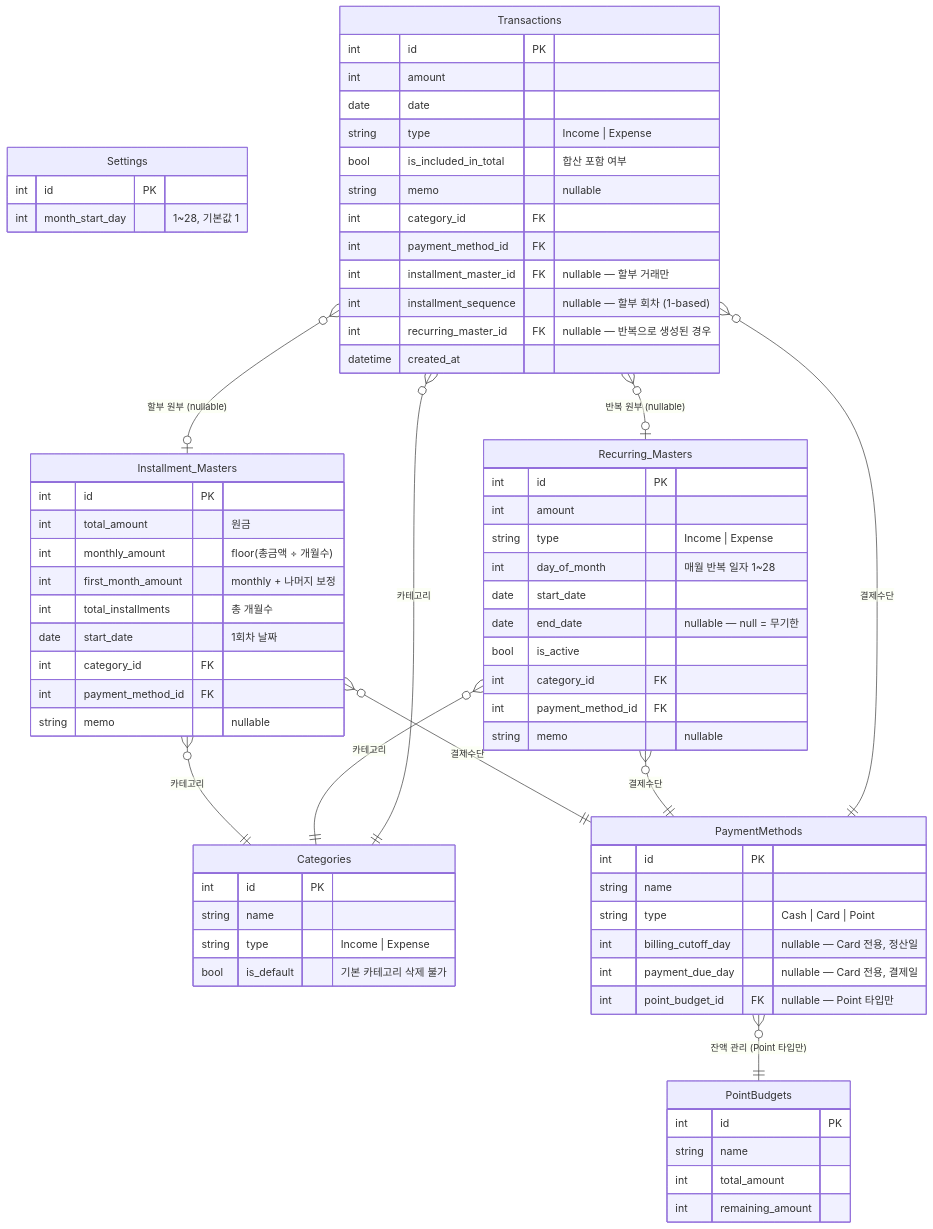
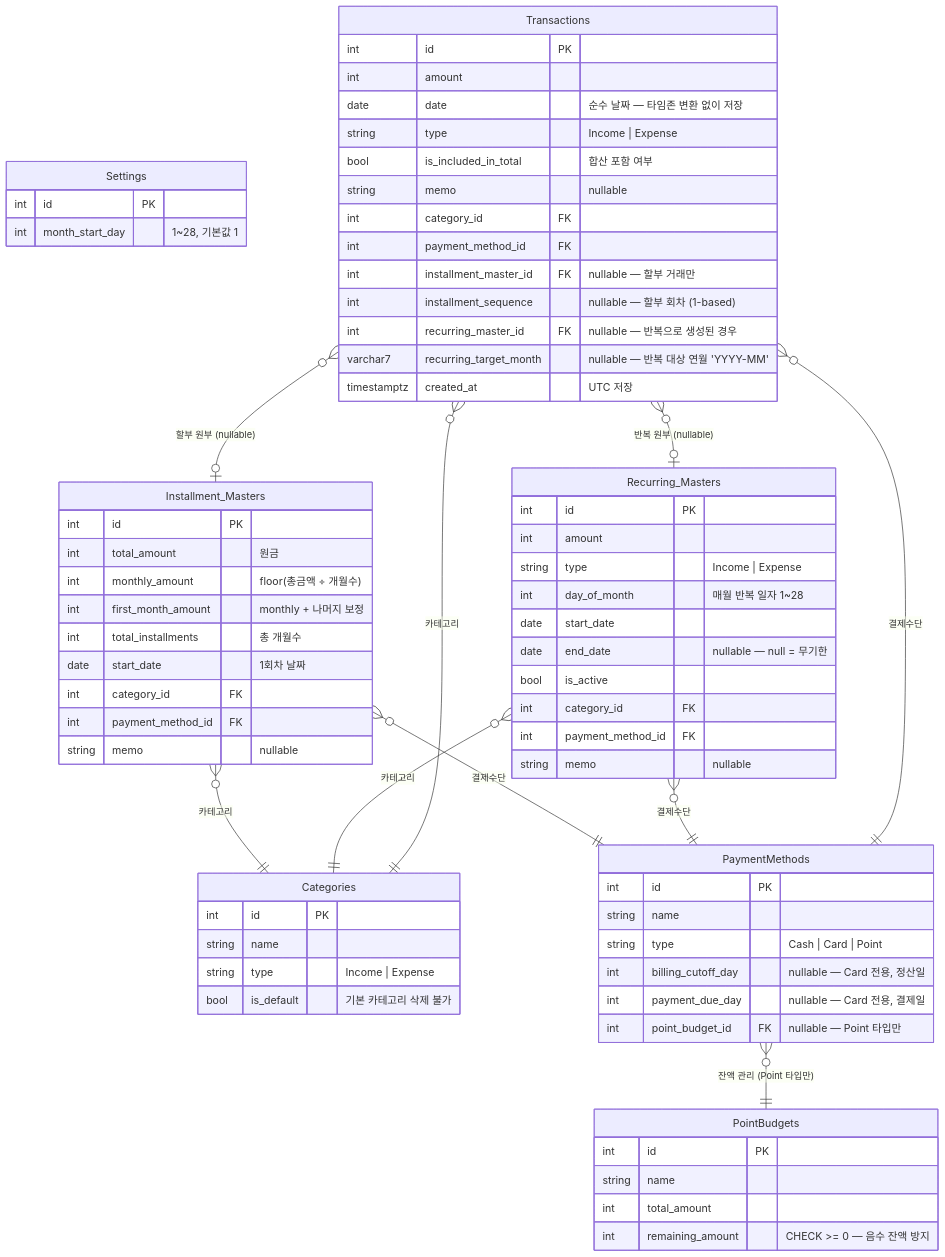
The diagram in docs/PRD.md (Wonjun-ub/claude_account_book), drawn with Mermaid before and after one commit. The commit also changed other lines of this file and 1 other file, not shown here.

```diff
--- a/docs/PRD.md
+++ b/docs/PRD.md
@@ -406,7 +410,7 @@
         int     id               PK
         string  name
         int     total_amount
-        int     remaining_amount
+        int     remaining_amount "CHECK >= 0 — 음수 잔액 방지"
     }
 
     PaymentMethods {
@@ -447,18 +451,19 @@
 
     %% ── 거래 내역 (핵심 테이블) ───────────────────────────────────────────────
     Transactions {
-        int      id                    PK
-        int      amount
-        date     date
-        string   type                  "Income | Expense"
-        bool     is_included_in_total  "합산 포함 여부"
-        string   memo                  "nullable"
-        int      category_id           FK
-        int      payment_method_id     FK
-        int      installment_master_id FK "nullable — 할부 거래만"
-        int      installment_sequence  "nullable — 할부 회차 (1-based)"
-        int      recurring_master_id   FK "nullable — 반복으로 생성된 경우"
-        datetime created_at
+        int         id                       PK
+        int         amount
+        date        date                     "순수 날짜 — 타임존 변환 없이 저장"
+        string      type                     "Income | Expense"
+        bool        is_included_in_total     "합산 포함 여부"
+        string      memo                     "nullable"
+        int         category_id              FK
+        int         payment_method_id        FK
+        int         installment_master_id    FK "nullable — 할부 거래만"
+        int         installment_sequence     "nullable — 할부 회차 (1-based)"
+        int         recurring_master_id      FK "nullable — 반복으로 생성된 경우"
+        varchar7    recurring_target_month   "nullable — 반복 대상 연월 'YYYY-MM'"
+        timestamptz created_at               "UTC 저장"
     }
 
     %% ── 관계 정의 ────────────────────────────────────────────────────────────
```
